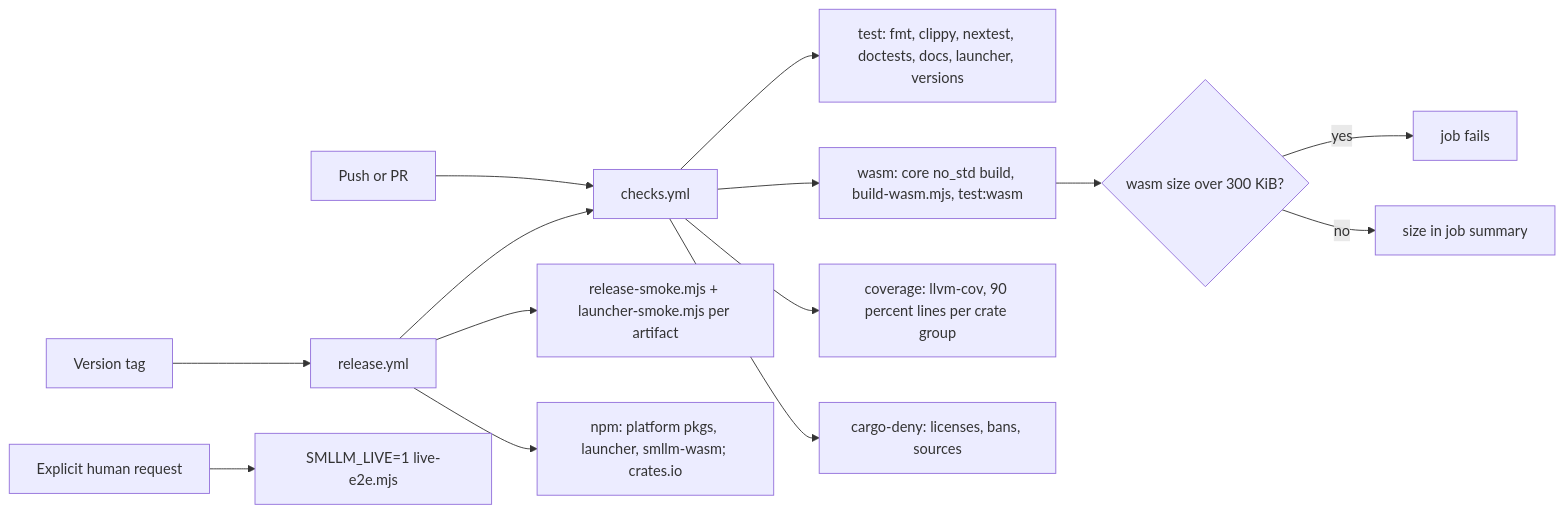
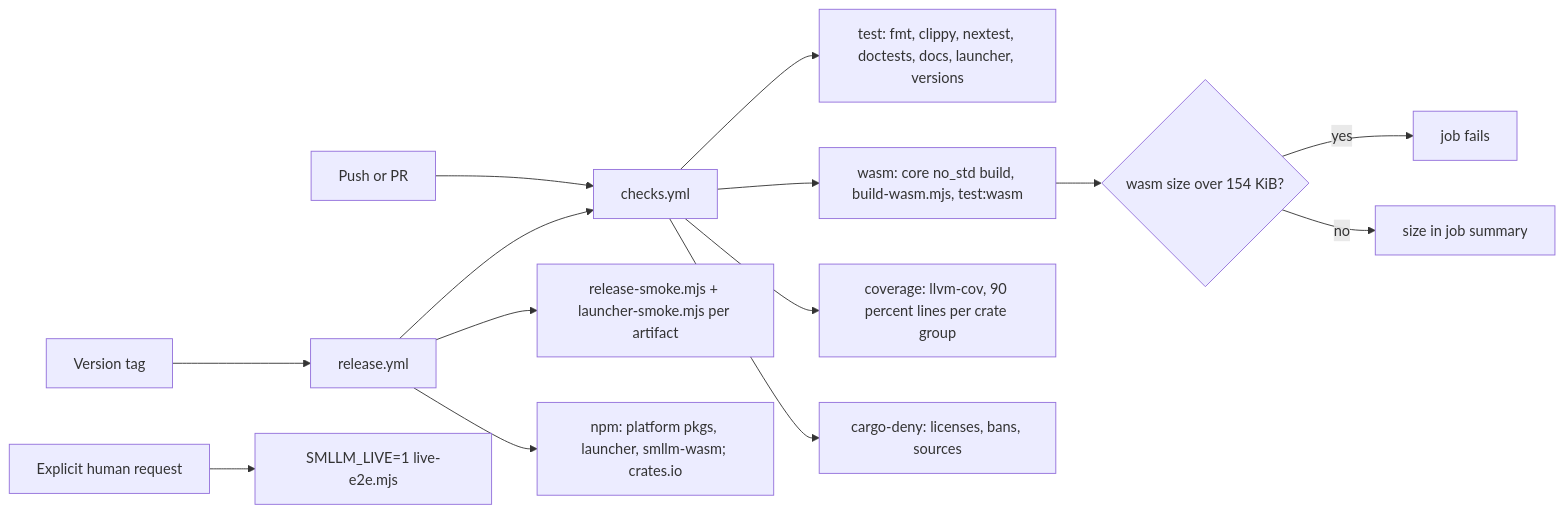
The diagram in .zen/specs/DESIGN-NFR-quality.md (six5536/sllm), drawn with Mermaid before and after one commit. The commit also changed other lines of this file and 8 other files, not shown here.

Commit message:
docs: PLAN-007 outcome; wasm budget 154 KiB; specs, rules and changelog (PLAN-007 S4)

````diff
--- a/.zen/specs/DESIGN-NFR-quality.md
+++ b/.zen/specs/DESIGN-NFR-quality.md
@@ -13,16 +13,16 @@
 ```mermaid
 flowchart LR
     PR[Push or PR] --> Checks[checks.yml]
     Checks --> Test[test: fmt, clippy, nextest, doctests, docs, launcher, versions]
     Checks --> Wasm[wasm: core no_std build, build-wasm.mjs, test:wasm]
     Checks --> Cov[coverage: llvm-cov, 90 percent lines per crate group]
     Checks --> Deny[cargo-deny: licenses, bans, sources]
-    Wasm --> Budget{wasm size over 300 KiB?}
+    Wasm --> Budget{wasm size over 154 KiB?}
     Budget -->|yes| Fail[job fails]
     Budget -->|no| Summary[size in job summary]
     Tag[Version tag] --> Release[release.yml]
     Release --> Checks
     Release --> Smoke[release-smoke.mjs + launcher-smoke.mjs per artifact]
     Release --> Publish[npm: platform pkgs, launcher, smllm-wasm; crates.io]
     Human[Explicit human request] --> Live[SMLLM_LIVE=1 live-e2e.mjs]
 ```
````
